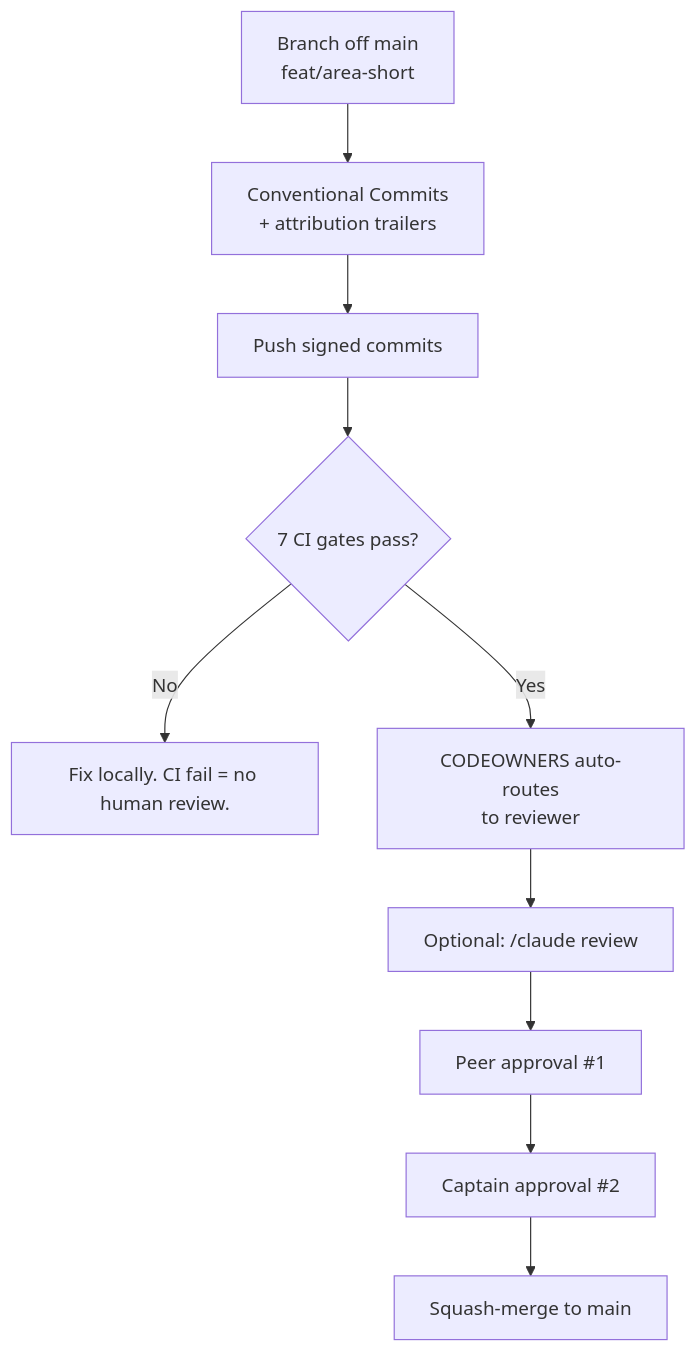
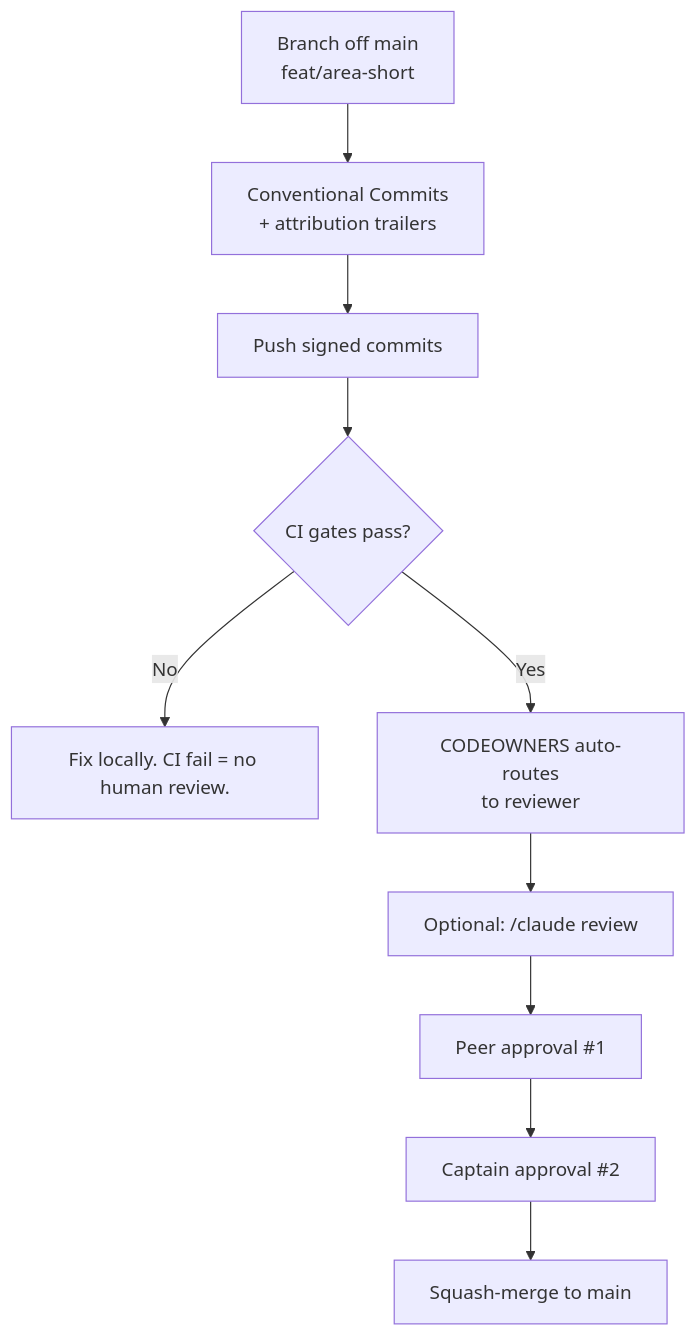
One commit to luanmorenommaciel/sentinel changed the diagram in .claude/kb/process/crew-b-wow/index.md. Above: the diagram before and after it, drawn with Mermaid. The commit also changed other lines of this file and 12 other files, not shown here.

````diff
--- a/.claude/kb/process/crew-b-wow/index.md
+++ b/.claude/kb/process/crew-b-wow/index.md
@@ -132,12 +132,12 @@
 ```mermaid
 flowchart TD
     A[Branch off main\nfeat/area-short] --> B[Conventional Commits\n+ attribution trailers]
     B --> C[Push signed commits]
-    C --> D{7 CI gates pass?}
+    C --> D{CI gates pass?}
     D -- No --> E[Fix locally. CI fail = no human review.]
     D -- Yes --> F[CODEOWNERS auto-routes\nto reviewer]
     F --> G[Optional: /claude review]
     G --> H[Peer approval #1]
     H --> I[Captain approval #2]
     I --> J[Squash-merge to main]
 ```
````
